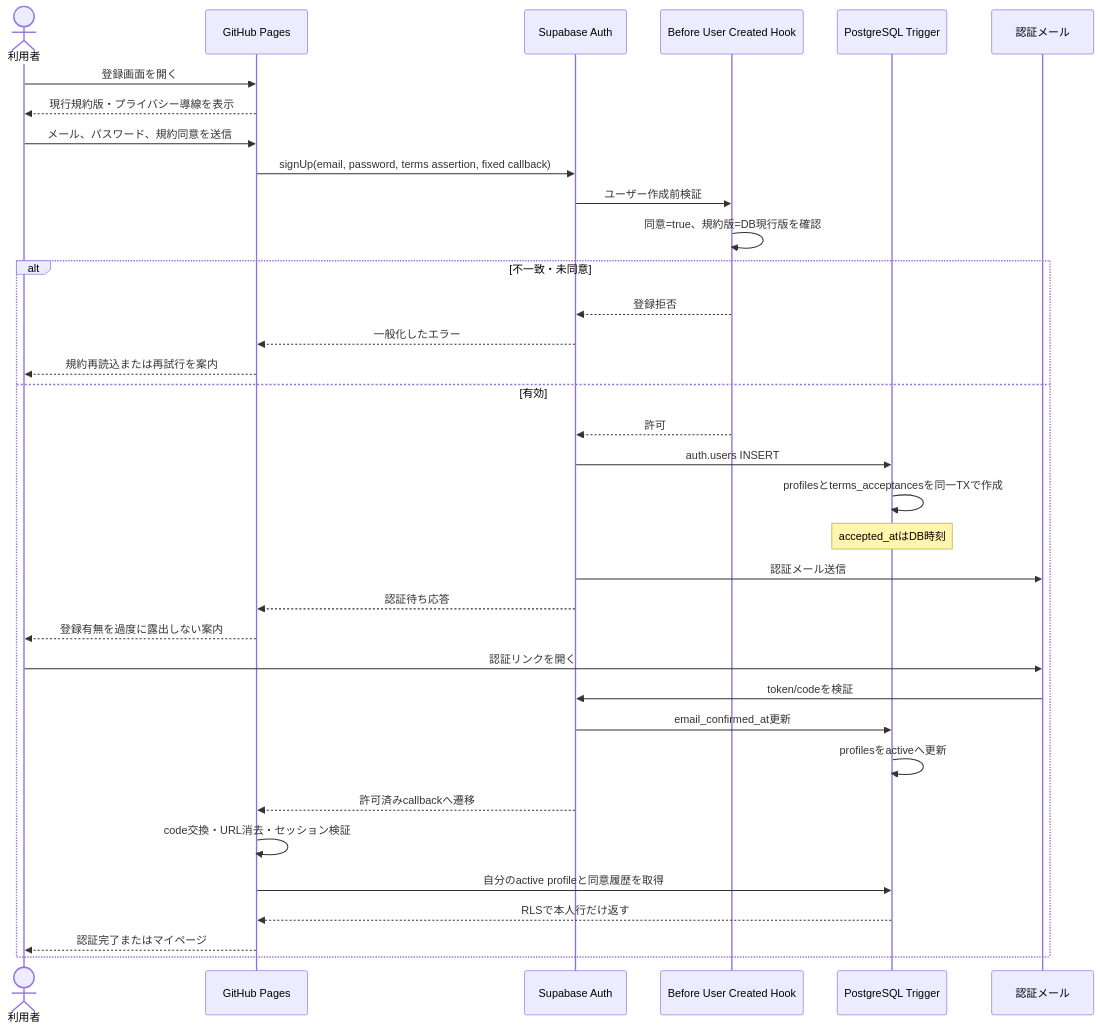
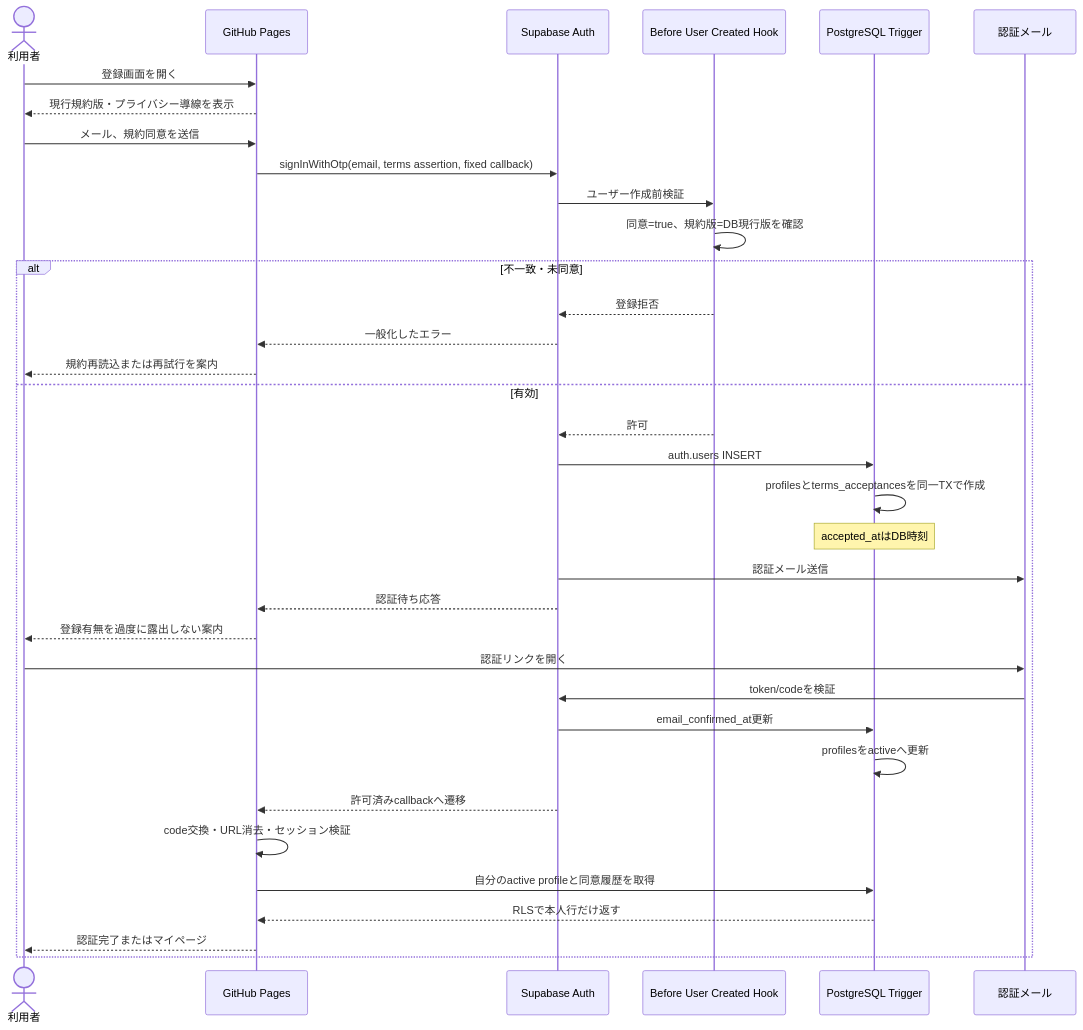
One commit to mtddzd5vw2-gif/kagoshima-tennis-alert changed the second of 3 diagrams in docs/PHASE1_AUTH_DESIGN.md. Above: the diagram before and after it, drawn with Mermaid. The commit also changed other lines of this file and 14 other files, not shown here.

````diff
--- a/docs/PHASE1_AUTH_DESIGN.md
+++ b/docs/PHASE1_AUTH_DESIGN.md
@@ -239,38 +231,38 @@
 ```mermaid
 sequenceDiagram
     actor U as 利用者
     participant P as GitHub Pages
     participant A as Supabase Auth
     participant H as Before User Created Hook
     participant D as PostgreSQL Trigger
     participant M as 認証メール
 
     U->>P: 登録画面を開く
     P-->>U: 現行規約版・プライバシー導線を表示
-    U->>P: メール、パスワード、規約同意を送信
-    P->>A: signUp(email, password, terms assertion, fixed callback)
+    U->>P: メール、規約同意を送信
+    P->>A: signInWithOtp(email, terms assertion, fixed callback)
     A->>H: ユーザー作成前検証
     H->>H: 同意=true、規約版=DB現行版を確認
     alt 不一致・未同意
         H-->>A: 登録拒否
         A-->>P: 一般化したエラー
         P-->>U: 規約再読込または再試行を案内
     else 有効
         H-->>A: 許可
         A->>D: auth.users INSERT
         D->>D: profilesとterms_acceptancesを同一TXで作成
         Note over D: accepted_atはDB時刻
         A->>M: 認証メール送信
         A-->>P: 認証待ち応答
         P-->>U: 登録有無を過度に露出しない案内
         U->>M: 認証リンクを開く
         M->>A: token/codeを検証
         A->>D: email_confirmed_at更新
         D->>D: profilesをactiveへ更新
         A-->>P: 許可済みcallbackへ遷移
         P->>P: code交換・URL消去・セッション検証
         P->>D: 自分のactive profileと同意履歴を取得
         D-->>P: RLSで本人行だけ返す
         P-->>U: 認証完了またはマイページ
     end
 ```
````
